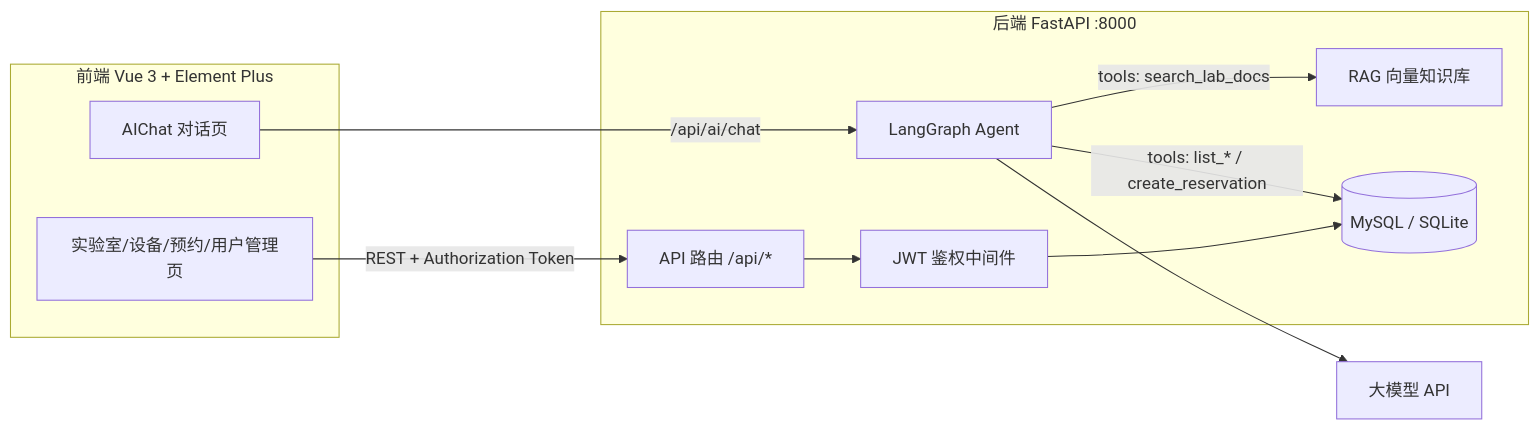
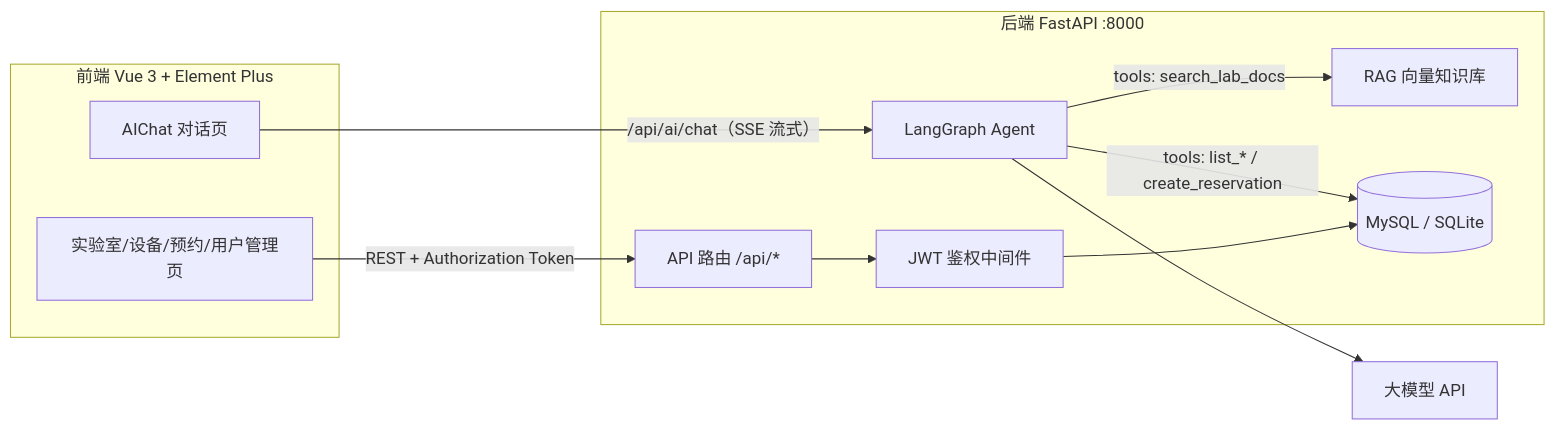
Before and after one commit to Dannykdy/Lab_Agent: the diagram in README.md, drawn with Mermaid. The commit also changed other lines of this file and 9 other files, not shown here.

First line of the commit message:
docs: README 加入 SSE 流式说明与项目效果截图

````diff
--- a/README.md
+++ b/README.md
@@ -30,24 +76,24 @@
 ```mermaid
 flowchart LR
     subgraph Frontend["前端 Vue 3 + Element Plus"]
         Chat[AIChat 对话页]
         Pages[实验室/设备/预约/用户管理页]
     end
 
     subgraph Backend["后端 FastAPI :8000"]
         API[API 路由 /api/*]
         Auth[JWT 鉴权中间件]
         Agent[LangGraph Agent]
         KB[RAG 向量知识库]
         DB[(MySQL / SQLite)]
     end
 
     LLM[大模型 API]
 
-    Chat -->|/api/ai/chat| Agent
+    Chat -->|/api/ai/chat（SSE 流式）| Agent
     Agent -->|tools: search_lab_docs| KB
     Agent -->|tools: list_* / create_reservation| DB
     Agent --> LLM
     Pages -->|REST + Authorization Token| API
     API --> Auth --> DB
 ```
````
